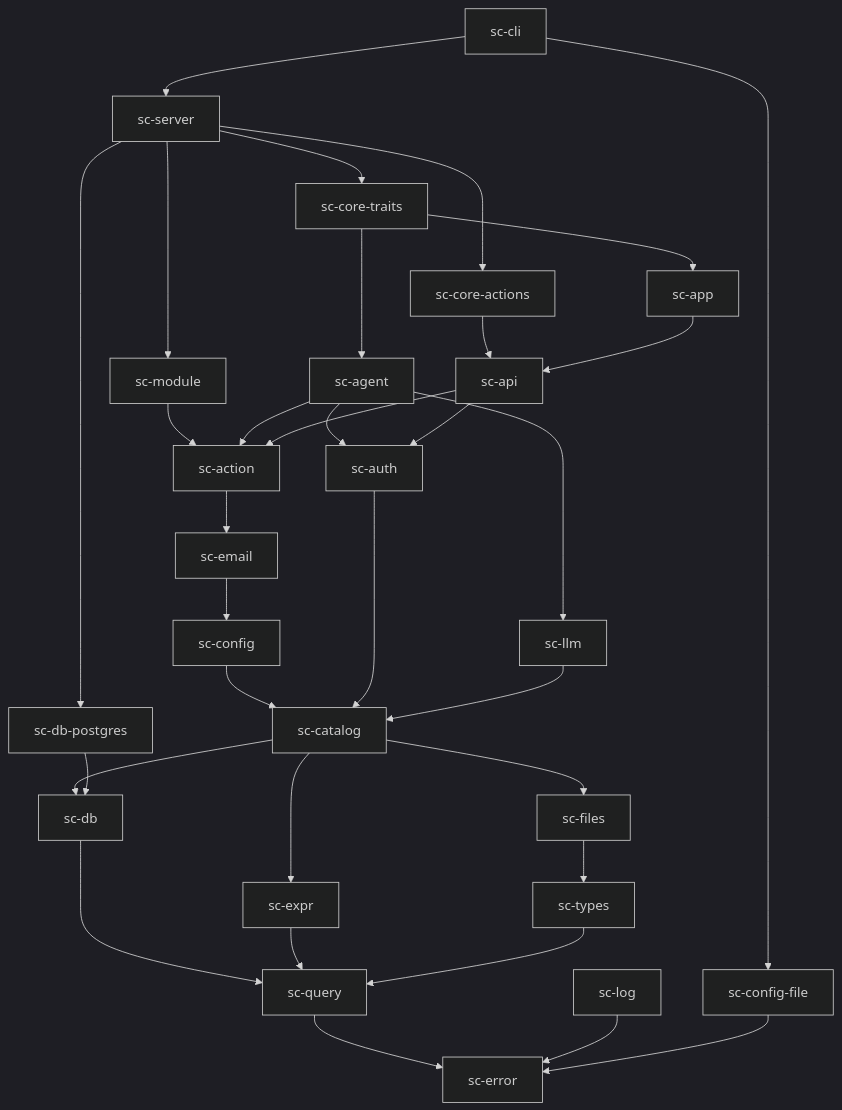
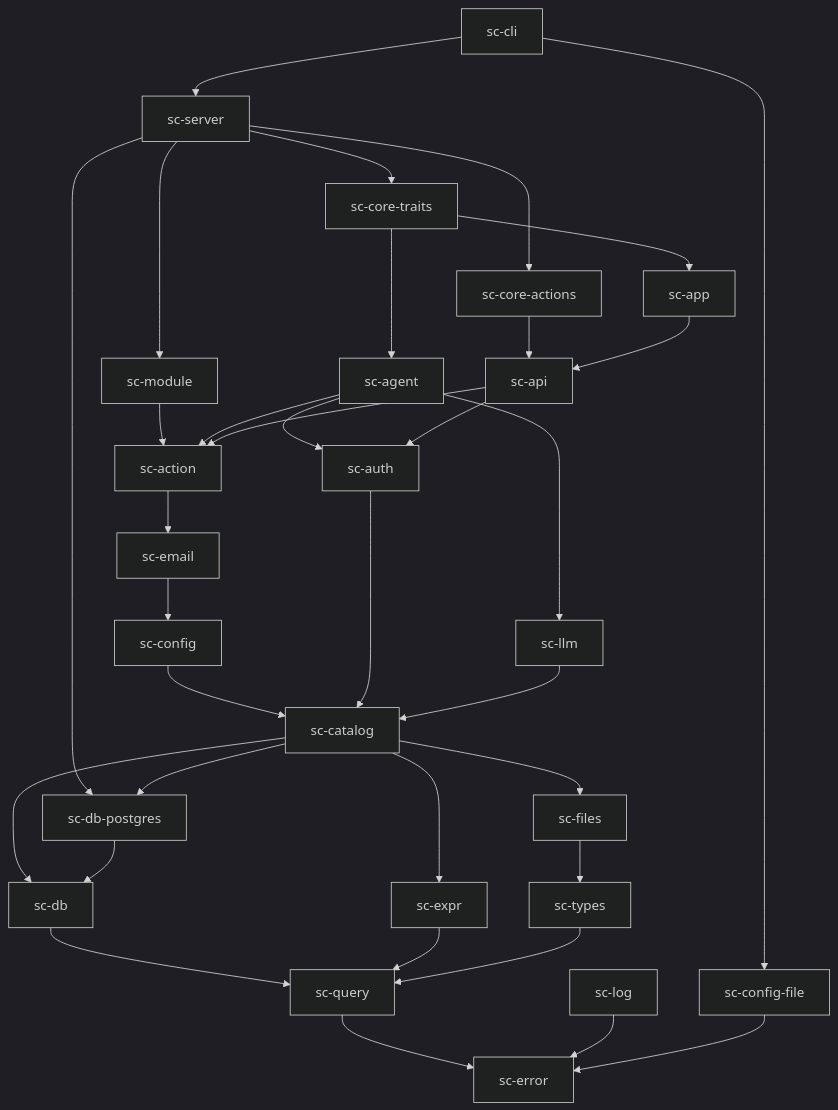
One commit to christianhugoch/feldspar changed the first of 2 diagrams in docs/TECHNICAL_DESIGN.md. Above: the diagram before and after it, drawn with Mermaid (dark theme). The commit also changed other lines of this file and 35 other files, not shown here.

````diff
--- a/docs/TECHNICAL_DESIGN.md
+++ b/docs/TECHNICAL_DESIGN.md
@@ -114,35 +114,36 @@
 ```mermaid
 graph TD
   cli["sc-cli"] --> server["sc-server"]
   cli --> cfgfile["sc-config-file"]
   server --> coreact["sc-core-actions"]
   server --> coretraits["sc-core-traits"]
   server --> pg["sc-db-postgres"]
   coretraits --> agent["sc-agent"]
   coretraits --> app["sc-app"]
   coreact --> api["sc-api"]
   server --> module["sc-module"]
   module --> action["sc-action"]
   app --> api
   agent --> action
   agent --> auth["sc-auth"]
   agent --> llm["sc-llm"]
   api --> action
   api --> auth
   action --> email["sc-email"]
   email --> config["sc-config"]
   config --> catalog["sc-catalog"]
   auth --> catalog
   llm --> catalog
   catalog --> db["sc-db"]
+  catalog --> pg
   catalog --> expr["sc-expr"]
   catalog --> files["sc-files"]
   pg --> db
   db --> query["sc-query"]
   expr --> query
   files --> types["sc-types"]
   types --> query
   query --> error["sc-error"]
   log["sc-log"] --> error
   cfgfile --> error
 ```
````
